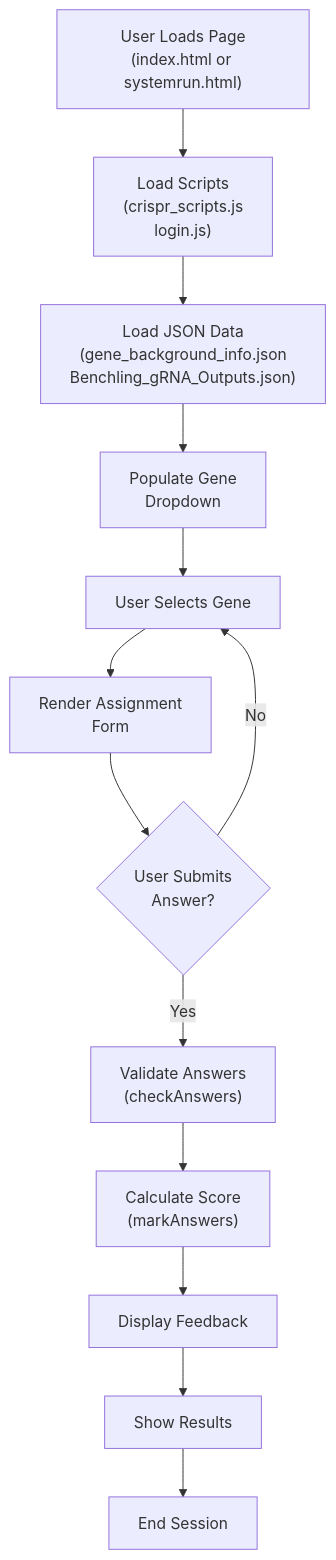
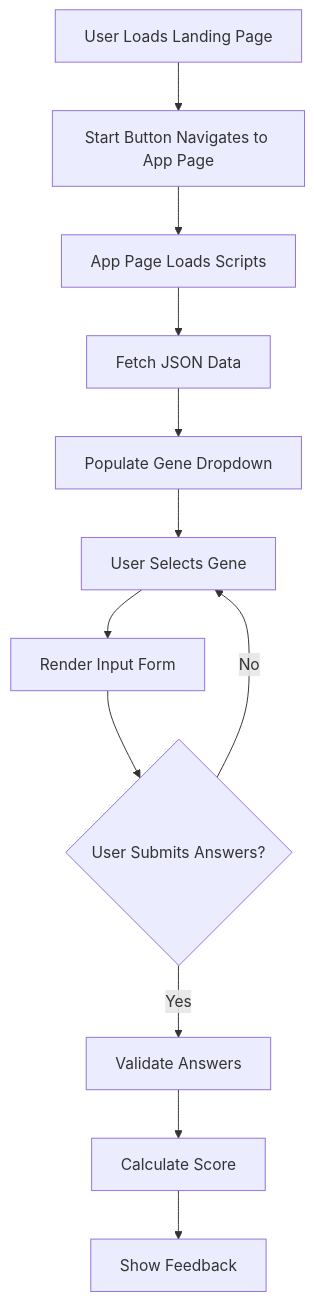
One commit to AlexJSully/SciGrade changed the first of 2 diagrams in docs/index.md. Above: the diagram before and after it, drawn with Mermaid. The commit also changed other lines of this file and 15 other files, not shown here.

````diff
--- a/docs/index.md
+++ b/docs/index.md
@@ -19,15 +23,14 @@
 ```mermaid
 flowchart TD
-    A["User Loads Page<br/>(index.html or systemrun.html)"] --> B["Load Scripts<br/>(crispr_scripts.js<br/>login.js)"]
-    B --> C["Load JSON Data<br/>(gene_background_info.json<br/>Benchling_gRNA_Outputs.json)"]
-    C --> D["Populate Gene<br/>Dropdown"]
-    D --> E["User Selects Gene"]
-    E --> F["Render Assignment<br/>Form"]
-    F --> G{"User Submits<br/>Answer?"}
-    G -->|Yes| H["Validate Answers<br/>(checkAnswers)"]
-    H --> I["Calculate Score<br/>(markAnswers)"]
-    I --> J["Display Feedback"]
-    J --> K["Show Results"]
-    G -->|No| E
-    K --> L["End Session"]
+    A["User Loads Landing Page"] --> B["Start Button Navigates to App Page"]
+    B --> C["App Page Loads Scripts"]
+    C --> D["Fetch JSON Data"]
+    D --> E["Populate Gene Dropdown"]
+    E --> F["User Selects Gene"]
+    F --> G["Render Input Form"]
+    G --> H{"User Submits Answers?"}
+    H -->|Yes| I["Validate Answers"]
+    I --> J["Calculate Score"]
+    J --> K["Show Feedback"]
+    H -->|No| F
 ```
````
